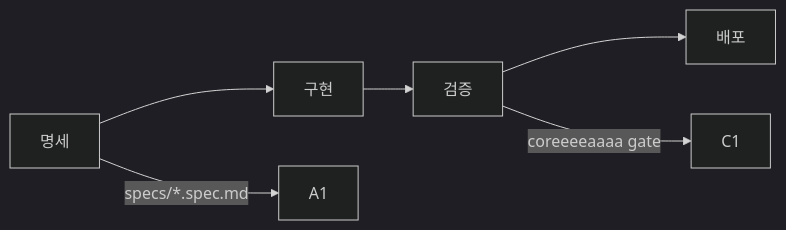
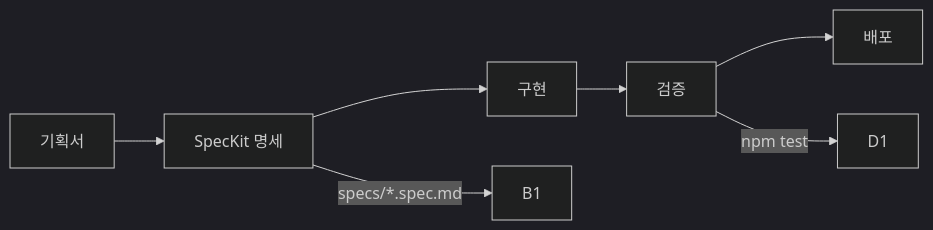
The diagram in README.md (coreeeeaaaa/coreeeeaaaa), drawn with Mermaid (dark theme) before and after one commit. The commit also changed other lines of this file and 95 other files, not shown here.

````diff
--- a/README.md
+++ b/README.md
@@ -94,9 +107,10 @@
 ```mermaid
 graph LR
-    A[명세] --> B[구현]
-    B --> C[검증]
-    C --> D[배포]
+    A[기획서] --> B[SpecKit 명세]
+    B --> C[구현]
+    C --> D[검증]
+    D --> E[배포]
 
-    A -->|specs/*.spec.md| A1
-    C -->|coreeeeaaaa gate| C1
+    B -->|specs/*.spec.md| B1
+    D -->|npm test| D1
 ```
````
